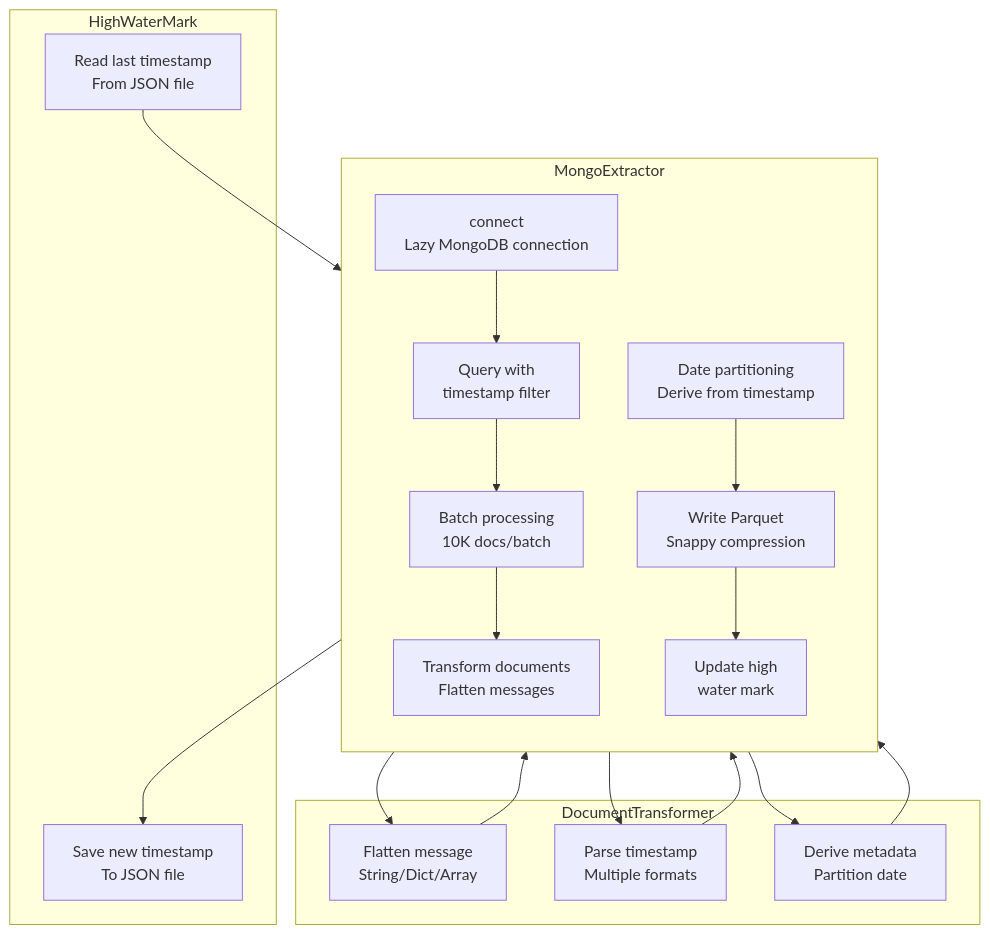
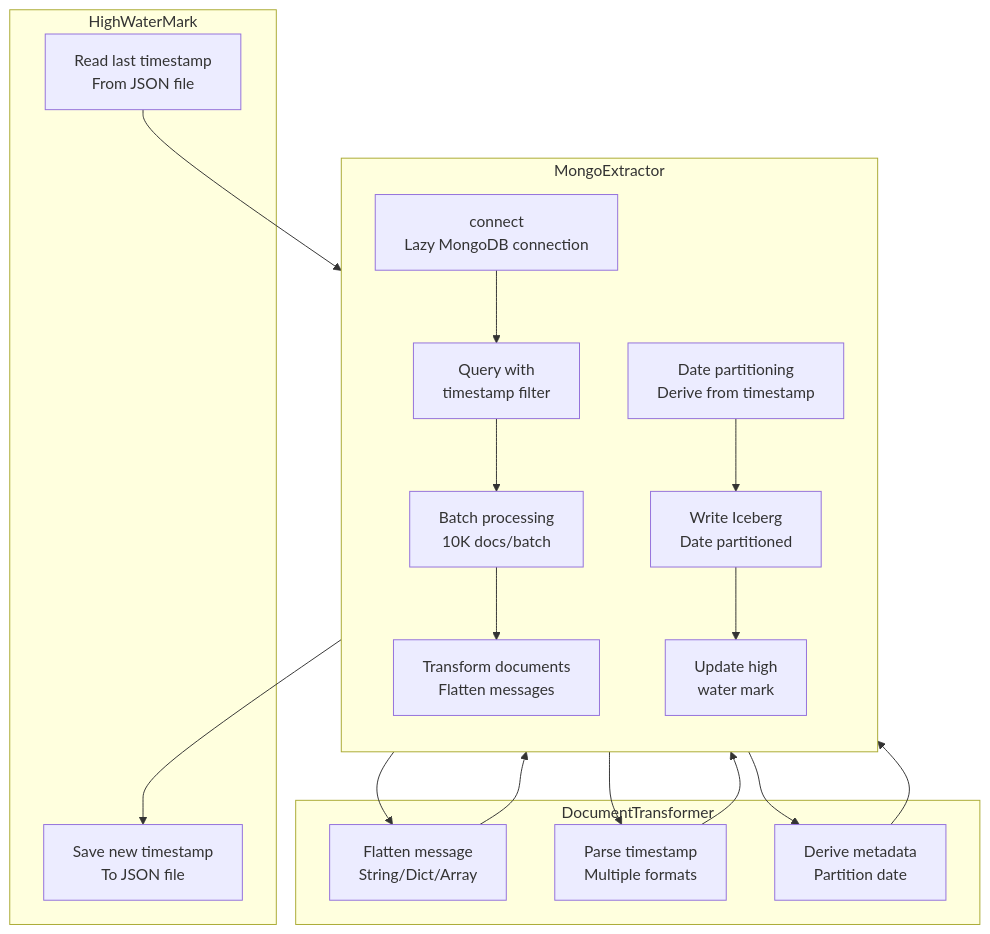
The sixth of 17 diagrams in analytics/ARCHITECTURE.md (farshad-akbari-hb/claude-code-conversation-analytics), drawn with Mermaid before and after one commit. The commit also changed other lines of this file and 26 other files, not shown here.

First line of the commit message:
claude/parquet-to-iceberg-migration-L3Vxm (#1)

````diff
--- a/analytics/ARCHITECTURE.md
+++ b/analytics/ARCHITECTURE.md
@@ -407,38 +407,38 @@
 ```mermaid
 flowchart TB
     subgraph MongoExtractor
         direction TB
         CONNECT[connect<br/>Lazy MongoDB connection]
         QUERY[Query with<br/>timestamp filter]
         BATCH[Batch processing<br/>10K docs/batch]
         TRANSFORM[Transform documents<br/>Flatten messages]
         PARTITION[Date partitioning<br/>Derive from timestamp]
-        WRITE[Write Parquet<br/>Snappy compression]
+        WRITE[Write Iceberg<br/>Date partitioned]
         HWM_UPDATE[Update high<br/>water mark]
     end
 
     subgraph DocumentTransformer
         FLATTEN[Flatten message<br/>String/Dict/Array]
         PARSE_TS[Parse timestamp<br/>Multiple formats]
         DERIVE[Derive metadata<br/>Partition date]
     end
 
     subgraph HighWaterMark
         READ[Read last timestamp<br/>From JSON file]
         SAVE[Save new timestamp<br/>To JSON file]
     end
 
     CONNECT --> QUERY
     READ --> QUERY
     QUERY --> BATCH
     BATCH --> TRANSFORM
     TRANSFORM --> FLATTEN
     TRANSFORM --> PARSE_TS
     TRANSFORM --> DERIVE
     FLATTEN --> PARTITION
     PARSE_TS --> PARTITION
     DERIVE --> PARTITION
     PARTITION --> WRITE
     WRITE --> HWM_UPDATE
     HWM_UPDATE --> SAVE
 ```
````
